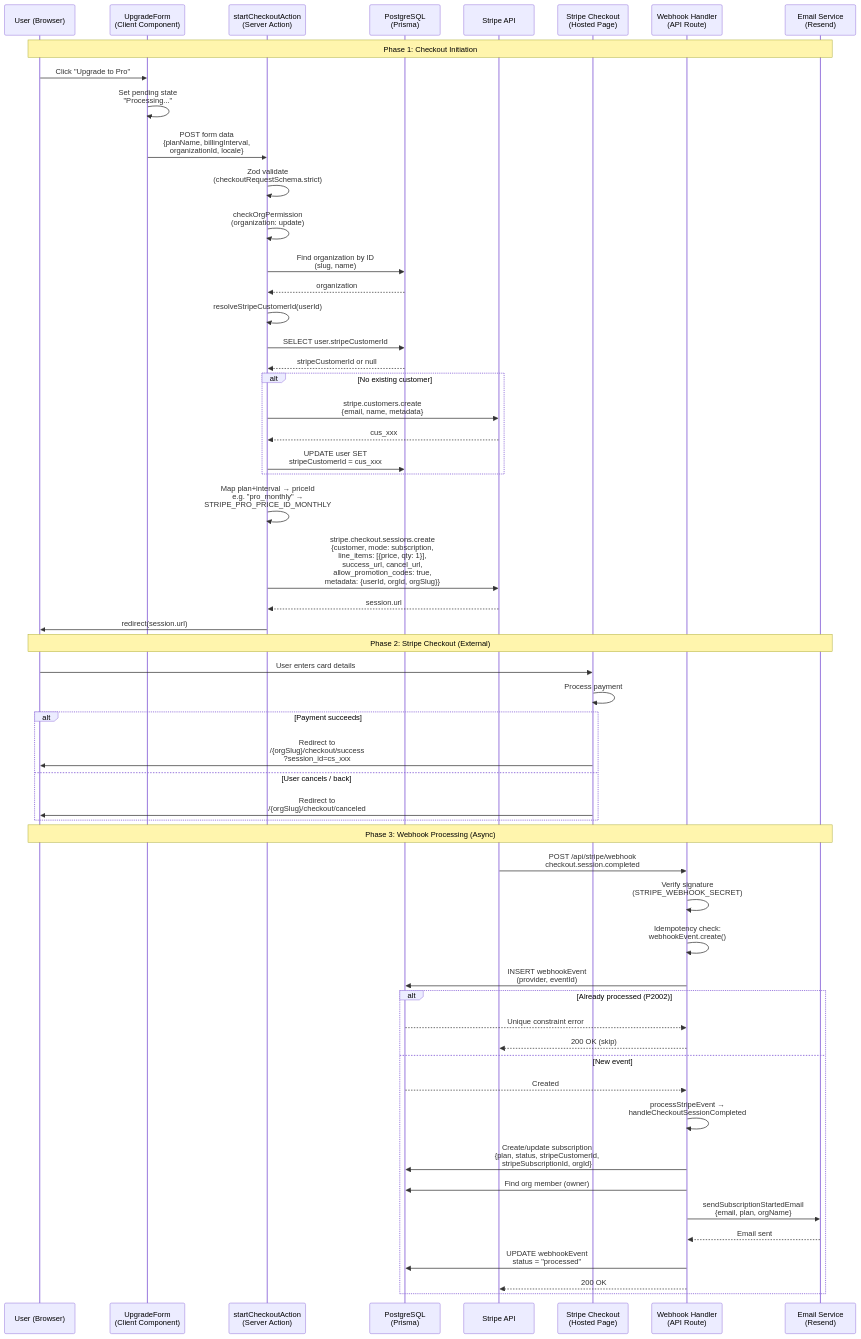
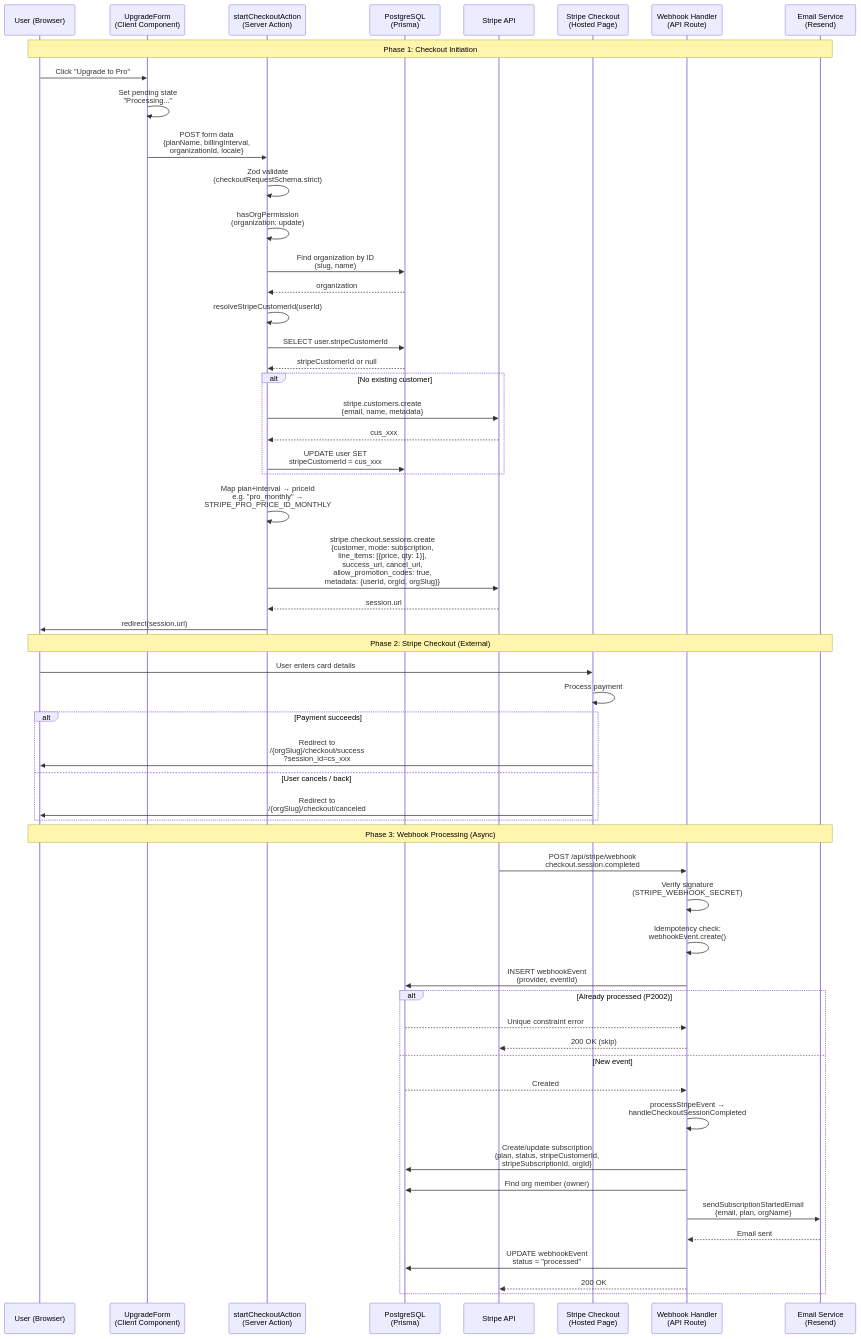
One commit to saasprokit-com/saasprokit changed the third of 7 diagrams in apps/web/e2e/payment/manual-test-cases.md. Above: the diagram before and after it, drawn with Mermaid. The commit also changed other lines of this file and 18 other files, not shown here.

````diff
--- a/apps/web/e2e/payment/manual-test-cases.md
+++ b/apps/web/e2e/payment/manual-test-cases.md
@@ -140,76 +140,76 @@
 ```mermaid
 sequenceDiagram
     participant U as User (Browser)
     participant UP as UpgradeForm<br/>(Client Component)
     participant SA as startCheckoutAction<br/>(Server Action)
     participant DB as PostgreSQL<br/>(Prisma)
     participant S as Stripe API
     participant SC as Stripe Checkout<br/>(Hosted Page)
     participant WH as Webhook Handler<br/>(API Route)
     participant E as Email Service<br/>(Resend)
 
     Note over U,E: Phase 1: Checkout Initiation
 
     U->>UP: Click "Upgrade to Pro"
     UP->>UP: Set pending state<br/>"Processing..."
     UP->>SA: POST form data<br/>{planName, billingInterval,<br/>organizationId, locale}
 
     SA->>SA: Zod validate<br/>(checkoutRequestSchema.strict)
-    SA->>SA: checkOrgPermission<br/>(organization: update)
+    SA->>SA: hasOrgPermission<br/>(organization: update)
 
     SA->>DB: Find organization by ID<br/>(slug, name)
     DB-->>SA: organization
 
     SA->>SA: resolveStripeCustomerId(userId)
     SA->>DB: SELECT user.stripeCustomerId
     DB-->>SA: stripeCustomerId or null
 
     alt No existing customer
         SA->>S: stripe.customers.create<br/>{email, name, metadata}
         S-->>SA: cus_xxx
         SA->>DB: UPDATE user SET<br/>stripeCustomerId = cus_xxx
     end
 
     SA->>SA: Map plan+interval → priceId<br/>e.g. "pro_monthly" →<br/>STRIPE_PRO_PRICE_ID_MONTHLY
 
     SA->>S: stripe.checkout.sessions.create<br/>{customer, mode: subscription,<br/>line_items: [{price, qty: 1}],<br/>success_url, cancel_url,<br/>allow_promotion_codes: true,<br/>metadata: {userId, orgId, orgSlug}}
     S-->>SA: session.url
 
     SA->>U: redirect(session.url)
 
     Note over U,E: Phase 2: Stripe Checkout (External)
 
     U->>SC: User enters card details
     SC->>SC: Process payment
 
     alt Payment succeeds
         SC->>U: Redirect to<br/>/{orgSlug}/checkout/success<br/>?session_id=cs_xxx
     else User cancels / back
         SC->>U: Redirect to<br/>/{orgSlug}/checkout/canceled
     end
 
     Note over U,E: Phase 3: Webhook Processing (Async)
 
     S->>WH: POST /api/stripe/webhook<br/>checkout.session.completed
     WH->>WH: Verify signature<br/>(STRIPE_WEBHOOK_SECRET)
 
     WH->>WH: Idempotency check:<br/>webhookEvent.create()
     WH->>DB: INSERT webhookEvent<br/>(provider, eventId)
 
     alt Already processed (P2002)
         DB-->>WH: Unique constraint error
         WH-->>S: 200 OK (skip)
     else New event
         DB-->>WH: Created
         WH->>WH: processStripeEvent →<br/>handleCheckoutSessionCompleted
 
         WH->>DB: Create/update subscription<br/>{plan, status, stripeCustomerId,<br/>stripeSubscriptionId, orgId}
 
         WH->>DB: Find org member (owner)
         WH->>E: sendSubscriptionStartedEmail<br/>{email, plan, orgName}
         E-->>WH: Email sent
 
         WH->>DB: UPDATE webhookEvent<br/>status = "processed"
         WH-->>S: 200 OK
     end
 ```
````
